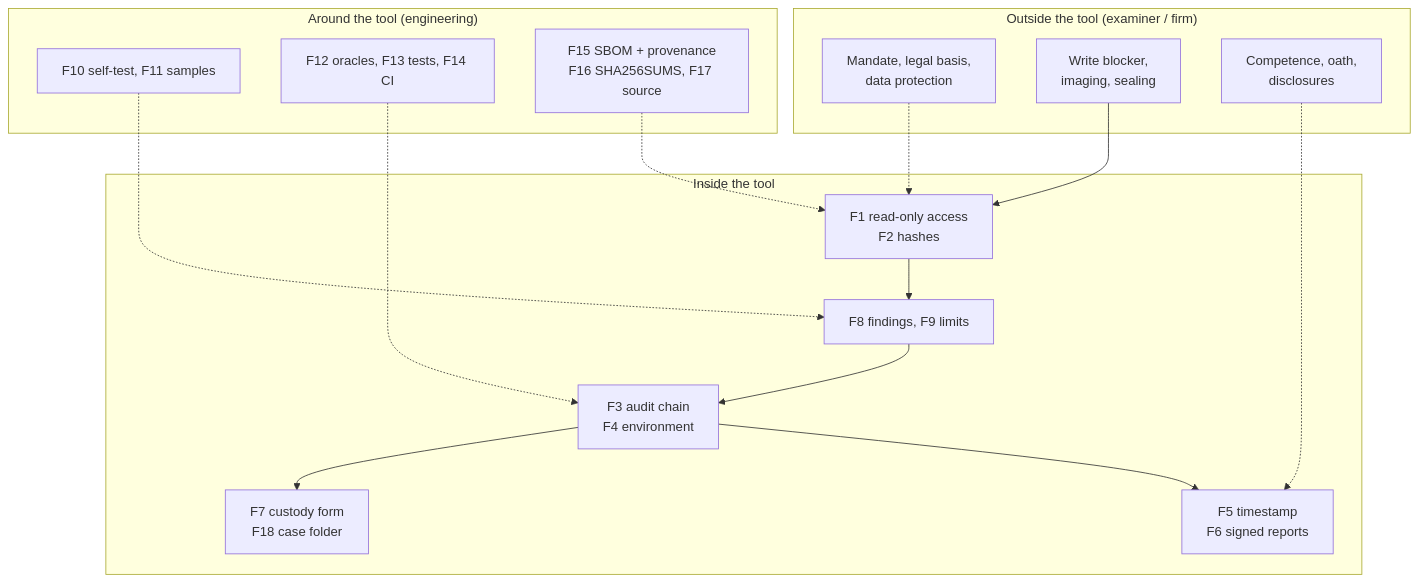
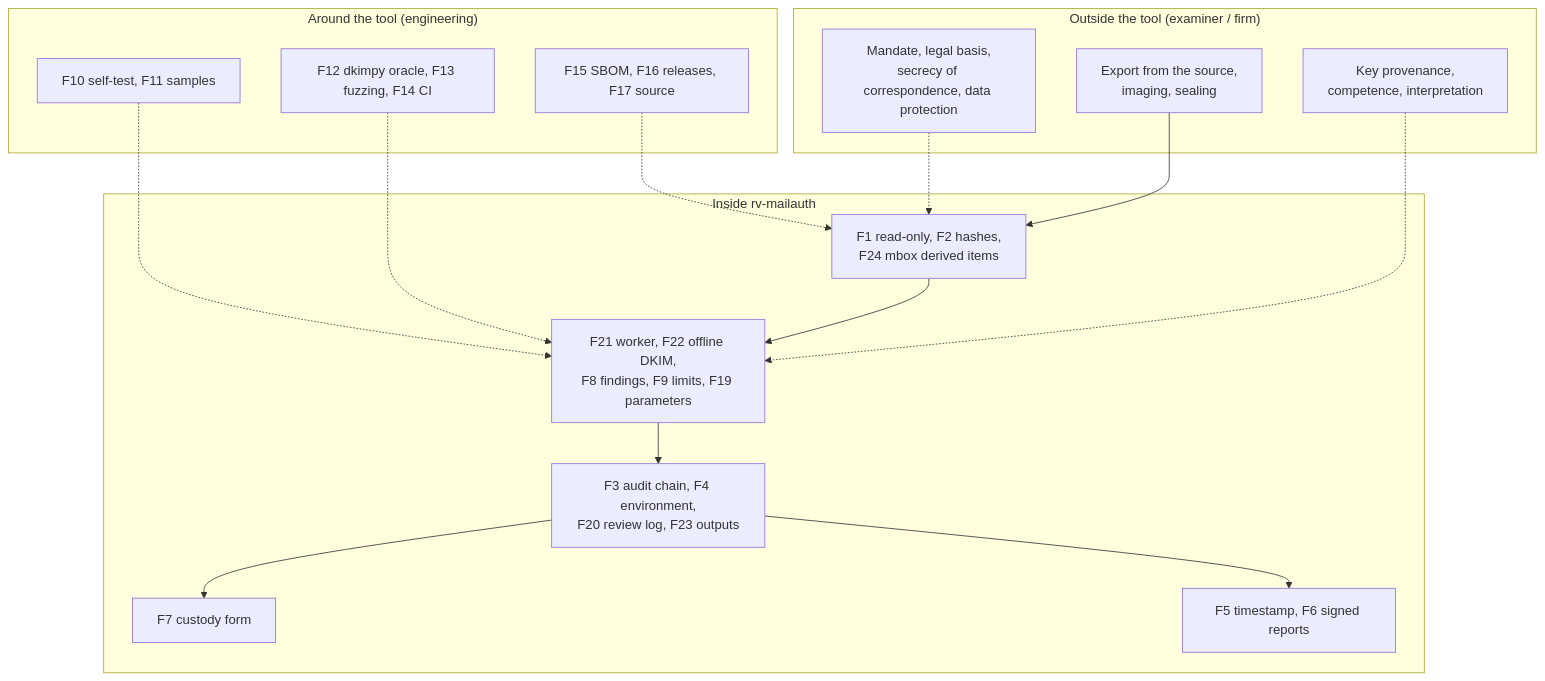
Before and after one commit to Panacota96/rv-mailauth: the second of 3 diagrams in docs/admissibility.md, drawn with Mermaid. The commit also changed other lines of this file and 101 other files, not shown here.

````diff
--- a/docs/admissibility.md
+++ b/docs/admissibility.md
@@ -104,27 +96,27 @@
 ```mermaid
 flowchart TB
     subgraph Outside["Outside the tool (examiner / firm)"]
-        X1["Mandate, legal basis,<br/>data protection"]
-        X2["Write blocker,<br/>imaging, sealing"]
-        X3["Competence, oath,<br/>disclosures"]
+        X1["Mandate, legal basis,<br/>secrecy of correspondence, data protection"]
+        X2["Export from the source,<br/>imaging, sealing"]
+        X3["Key provenance,<br/>competence, interpretation"]
     end
-    subgraph Tool["Inside the tool"]
-        T1["F1 read-only access<br/>F2 hashes"]
-        T2["F8 findings, F9 limits"]
-        T3["F3 audit chain<br/>F4 environment"]
-        T4["F5 timestamp<br/>F6 signed reports"]
-        T5["F7 custody form<br/>F18 case folder"]
+    subgraph Tool["Inside rv-mailauth"]
+        T1["F1 read-only, F2 hashes,<br/>F24 mbox derived items"]
+        T2["F21 worker, F22 offline DKIM,<br/>F8 findings, F9 limits, F19 parameters"]
+        T3["F3 audit chain, F4 environment,<br/>F20 review log, F23 outputs"]
+        T4["F5 timestamp, F6 signed reports"]
+        T5["F7 custody form"]
     end
     subgraph Release["Around the tool (engineering)"]
         R1["F10 self-test, F11 samples"]
-        R2["F12 oracles, F13 tests, F14 CI"]
-        R3["F15 SBOM + provenance<br/>F16 SHA256SUMS, F17 source"]
+        R2["F12 dkimpy oracle, F13 fuzzing, F14 CI"]
+        R3["F15 SBOM, F16 releases, F17 source"]
     end
     X2 --> T1 --> T2 --> T3 --> T4
     T3 --> T5
+    X3 -.-> T2
     R1 -.-> T2
-    R2 -.-> T3
+    R2 -.-> T2
     R3 -.-> T1
     X1 -.-> T1
-    X3 -.-> T4
 ```
````
